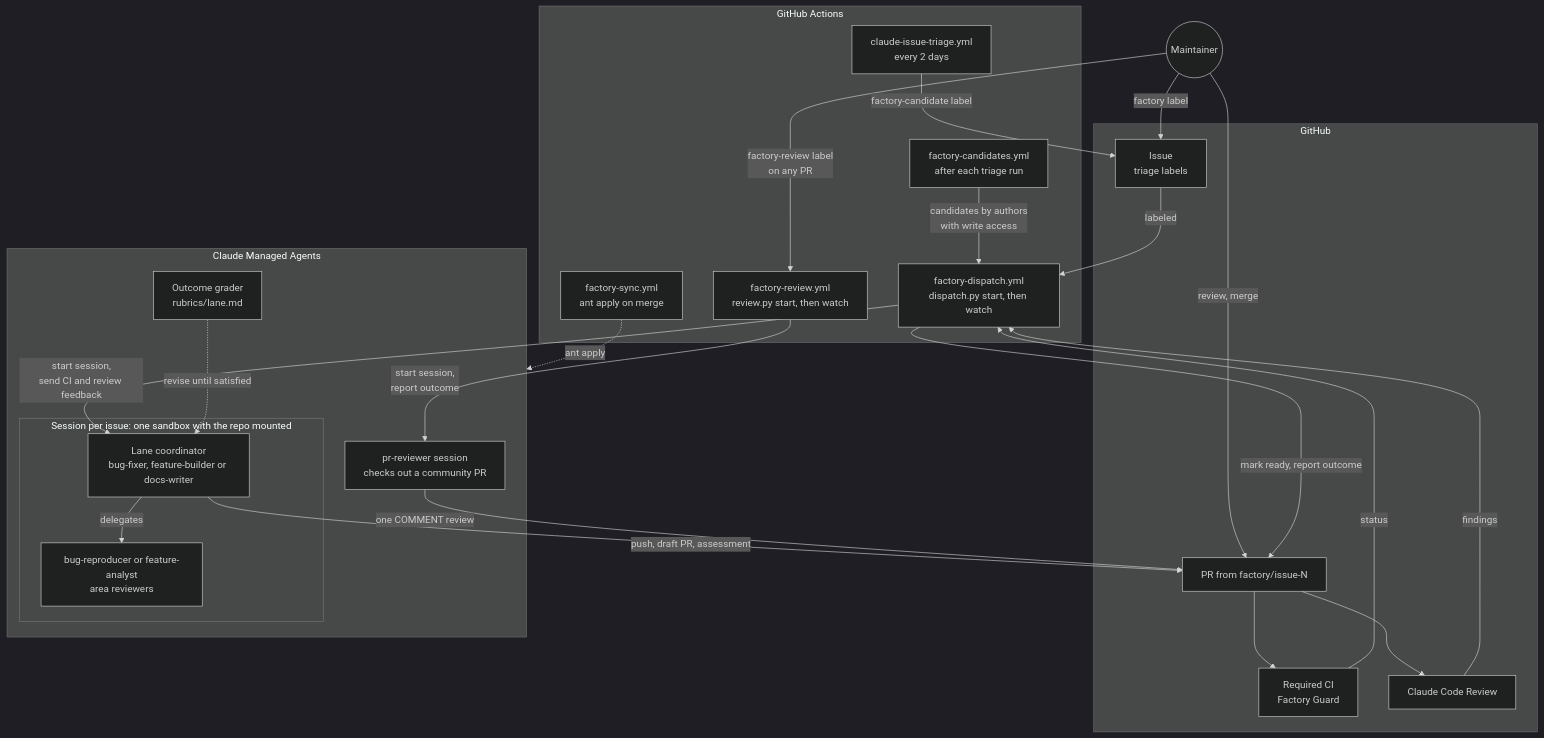
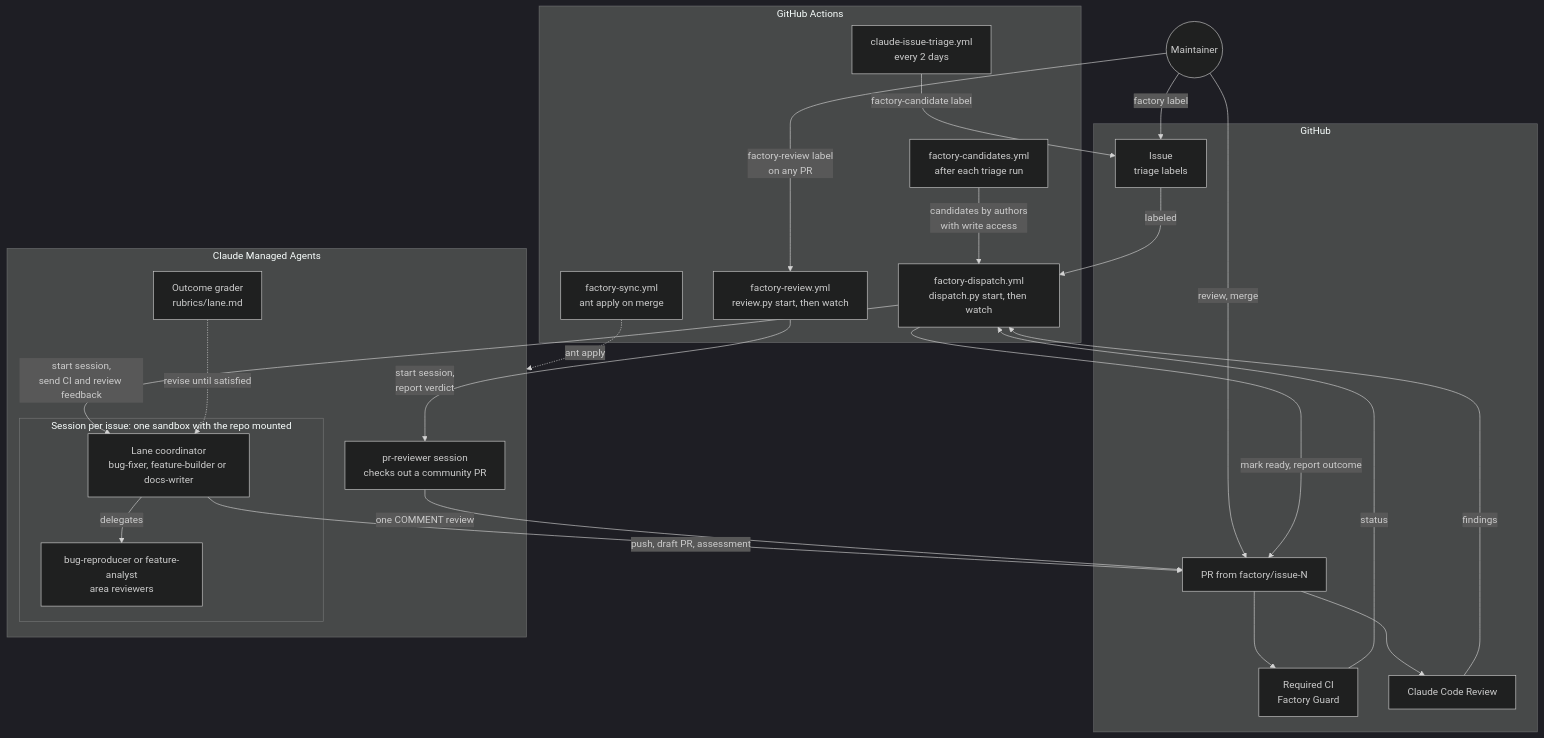
Before and after one commit to Arize-ai/phoenix: the first of 4 diagrams in factory/README.md, drawn with Mermaid (dark theme). The commit also changed other lines of this file and 4 other files, not shown here.

First line of the commit message:
feat(factory): grade PR reviews with one verdict and report only that verdict

````diff
--- a/factory/README.md
+++ b/factory/README.md
@@ -9,47 +9,47 @@
 ```mermaid
 flowchart TB
   maintainer(("Maintainer"))
 
   subgraph github["GitHub"]
     issue["Issue<br/>triage labels"]
     pr["PR from factory/issue-N"]
     checks["Required CI<br/>Factory Guard"]
     review["Claude Code Review"]
   end
 
   subgraph actions["GitHub Actions"]
     triage["claude-issue-triage.yml<br/>every 2 days"]
     candidates["factory-candidates.yml<br/>after each triage run"]
     dispatch["factory-dispatch.yml<br/>dispatch.py start, then watch"]
     prreview["factory-review.yml<br/>review.py start, then watch"]
     sync["factory-sync.yml<br/>ant apply on merge"]
   end
 
   subgraph agents["Claude Managed Agents"]
     subgraph session["Session per issue: one sandbox with the repo mounted"]
       coordinator["Lane coordinator<br/>bug-fixer, feature-builder or docs-writer"]
       subagents["bug-reproducer or feature-analyst<br/>area reviewers"]
     end
     reviewer["pr-reviewer session<br/>checks out a community PR"]
     grader["Outcome grader<br/>rubrics/lane.md"]
   end
 
   maintainer -->|"factory label"| issue
   maintainer -->|"review, merge"| pr
   maintainer -->|"factory-review label<br/>on any PR"| prreview
-  prreview -->|"start session,<br/>report outcome"| reviewer
+  prreview -->|"start session,<br/>report verdict"| reviewer
   reviewer -->|"one COMMENT review"| pr
   triage -->|"factory-candidate label"| issue
   candidates -->|"candidates by authors<br/>with write access"| dispatch
   issue -->|"labeled"| dispatch
   dispatch -->|"start session,<br/>send CI and review feedback"| coordinator
   coordinator -->|"delegates"| subagents
   grader -.->|"revise until satisfied"| coordinator
   coordinator -->|"push, draft PR, assessment"| pr
   pr --> checks
   pr --> review
   checks -->|"status"| dispatch
   review -->|"findings"| dispatch
   dispatch -->|"mark ready, report outcome"| pr
   sync -.->|"ant apply"| agents
 ```
````
